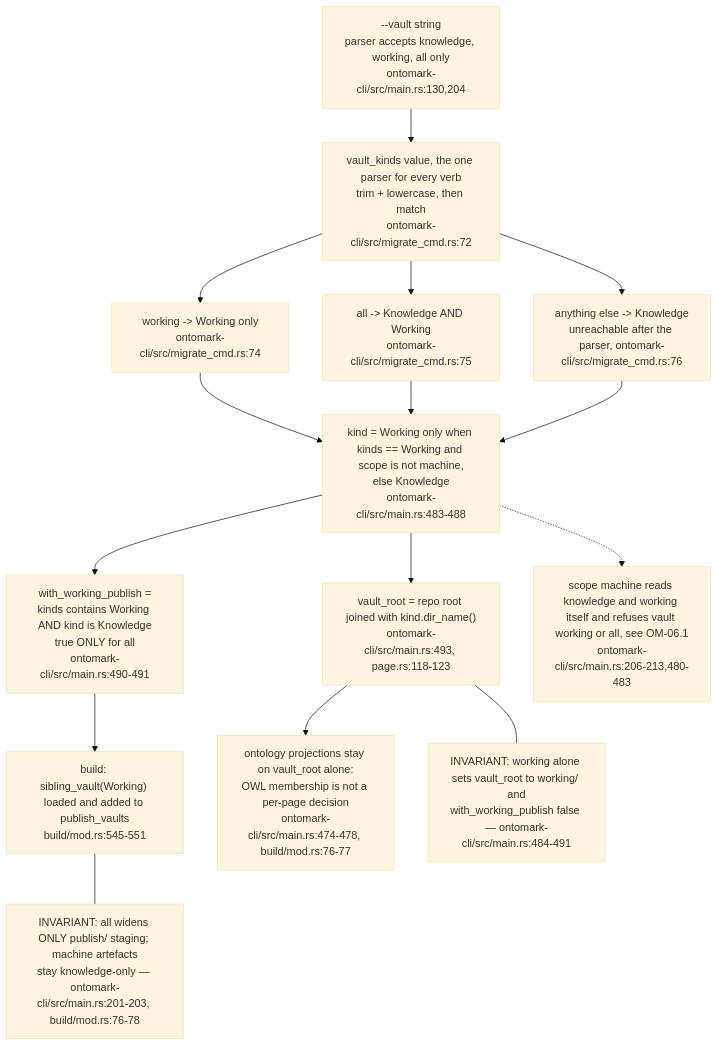
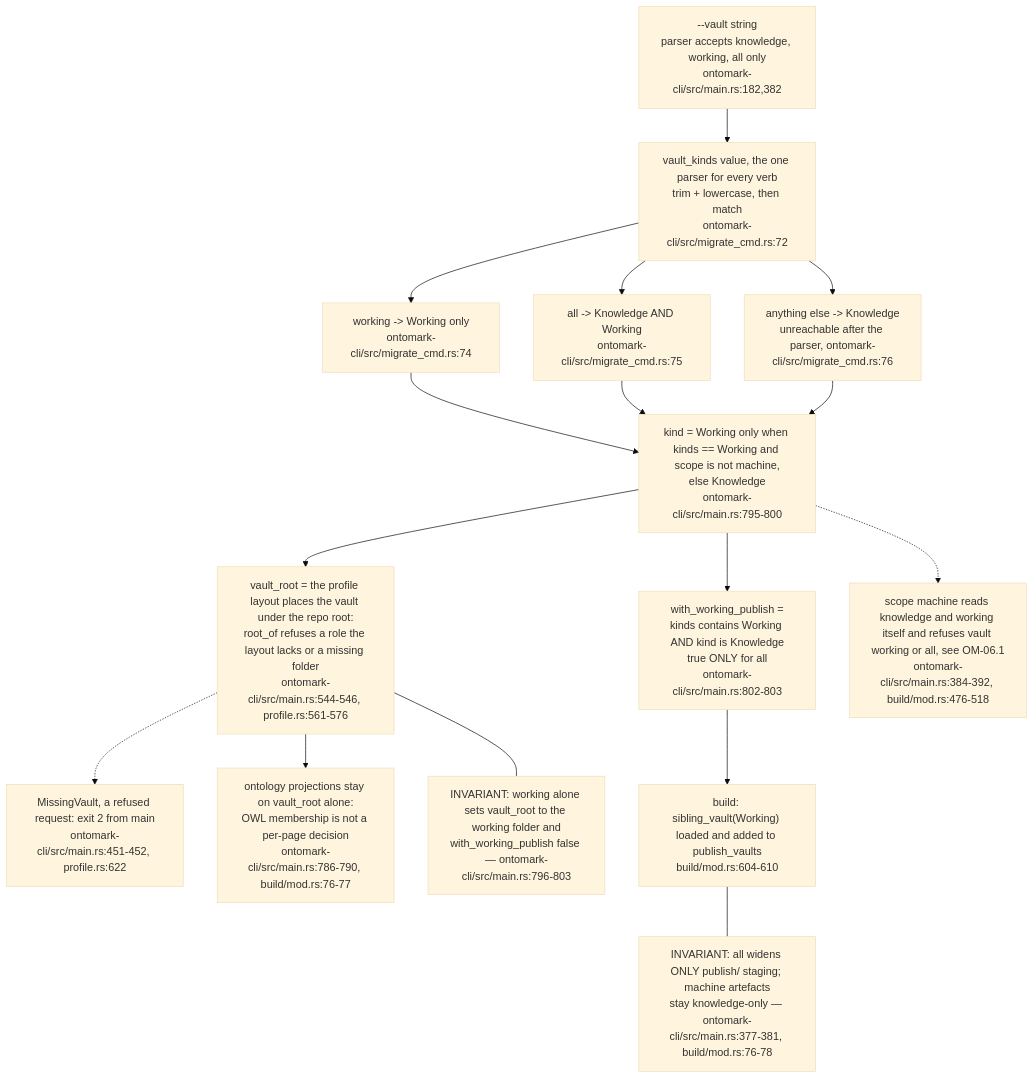
One commit to DreamLab-AI/VisionFlow changed the second of 6 diagrams in docs/diagrams/ontomark/05-cli-commands-vault-selector-and-exit-codes.md. Above: the diagram before and after it, drawn with Mermaid (base theme). The commit also changed other lines of this file and 160 other files, not shown here.

````diff
--- a/docs/diagrams/ontomark/05-cli-commands-vault-selector-and-exit-codes.md
+++ b/docs/diagrams/ontomark/05-cli-commands-vault-selector-and-exit-codes.md
@@ -59,30 +64,32 @@
 ```mermaid
 flowchart TD
-    FLAG["--vault string<br/>parser accepts knowledge, working, all only<br/>ontomark-cli/src/main.rs:130,204"]
+    FLAG["--vault string<br/>parser accepts knowledge, working, all only<br/>ontomark-cli/src/main.rs:182,382"]
     VK["vault_kinds value, the one parser for every verb<br/>trim + lowercase, then match<br/>ontomark-cli/src/migrate_cmd.rs:72"]
     W["working -> Working only<br/>ontomark-cli/src/migrate_cmd.rs:74"]
     A["all -> Knowledge AND Working<br/>ontomark-cli/src/migrate_cmd.rs:75"]
     K["anything else -> Knowledge<br/>unreachable after the parser, ontomark-cli/src/migrate_cmd.rs:76"]
-    KIND["kind = Working only when kinds == Working and scope is not machine,<br/>else Knowledge<br/>ontomark-cli/src/main.rs:483-488"]
-    ROOT["vault_root = repo root joined with kind.dir_name()<br/>ontomark-cli/src/main.rs:493, page.rs:118-123"]
-    WWP["with_working_publish =<br/>kinds contains Working AND kind is Knowledge<br/>true ONLY for all<br/>ontomark-cli/src/main.rs:490-491"]
-    PUB["build: sibling_vault(Working) loaded and added to publish_vaults<br/>build/mod.rs:545-551"]
-    MS["scope machine reads knowledge and working itself and refuses vault working or all, see OM-06.1<br/>ontomark-cli/src/main.rs:206-213,480-483"]
-    ART["ontology projections stay on vault_root alone:<br/>OWL membership is not a per-page decision<br/>ontomark-cli/src/main.rs:474-478, build/mod.rs:76-77"]
+    KIND["kind = Working only when kinds == Working and scope is not machine,<br/>else Knowledge<br/>ontomark-cli/src/main.rs:795-800"]
+    ROOT["vault_root = the profile layout places the vault under the repo root:<br/>root_of refuses a role the layout lacks or a missing folder<br/>ontomark-cli/src/main.rs:544-546, profile.rs:561-576"]
+    MISS["MissingVault, a refused request: exit 2 from main<br/>ontomark-cli/src/main.rs:451-452, profile.rs:622"]
+    WWP["with_working_publish =<br/>kinds contains Working AND kind is Knowledge<br/>true ONLY for all<br/>ontomark-cli/src/main.rs:802-803"]
+    PUB["build: sibling_vault(Working) loaded and added to publish_vaults<br/>build/mod.rs:604-610"]
+    MS["scope machine reads knowledge and working itself and refuses vault working or all, see OM-06.1<br/>ontomark-cli/src/main.rs:384-392, build/mod.rs:476-518"]
+    ART["ontology projections stay on vault_root alone:<br/>OWL membership is not a per-page decision<br/>ontomark-cli/src/main.rs:786-790, build/mod.rs:76-77"]
     FLAG --> VK
     VK --> W
     VK --> A
     VK --> K
     W --> KIND
     A --> KIND
     K --> KIND
     KIND --> ROOT
+    ROOT -.-> MISS
     KIND --> WWP
     WWP --> PUB
     ROOT --> ART
-    n1["INVARIANT: all widens ONLY publish/ staging; machine artefacts<br/>stay knowledge-only — ontomark-cli/src/main.rs:201-203, build/mod.rs:76-78"]
-    n2["INVARIANT: working alone sets vault_root to working/ and<br/>with_working_publish false — ontomark-cli/src/main.rs:484-491"]
+    n1["INVARIANT: all widens ONLY publish/ staging; machine artefacts<br/>stay knowledge-only — ontomark-cli/src/main.rs:377-381, build/mod.rs:76-78"]
+    n2["INVARIANT: working alone sets vault_root to the working folder and<br/>with_working_publish false — ontomark-cli/src/main.rs:796-803"]
     PUB --- n1
     ROOT --- n2
     KIND -.-> MS
 ```
````
